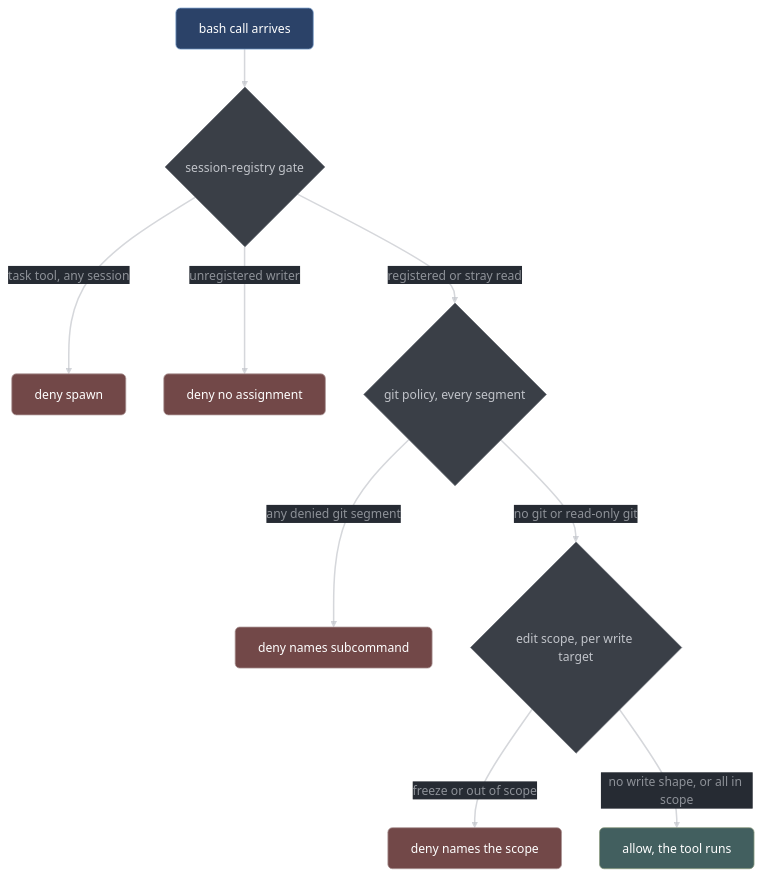
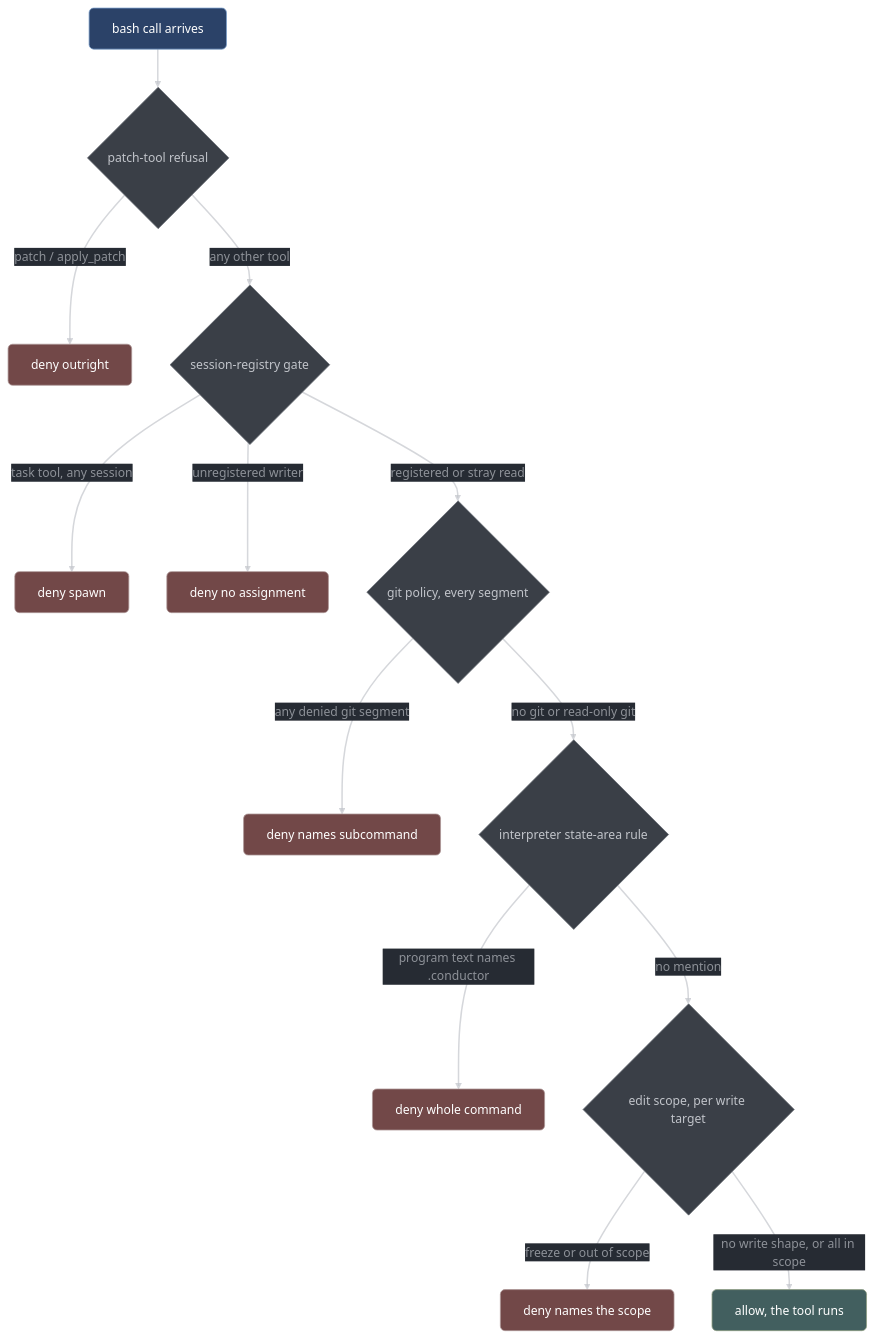
The diagram in docs/user/gates-and-hatches.md (vorlac/llama-harness), drawn with Mermaid before and after one commit. The commit also changed other lines of this file and 44 other files, not shown here.

Commit message:
global repo docs sync, corrections, added coverage/explanations, drift corrections, diagram layout improvements, etc

````diff
--- a/docs/user/gates-and-hatches.md
+++ b/docs/user/gates-and-hatches.md
@@ -36,50 +36,54 @@
 ```mermaid
 ---
 config:
     theme: 'base'
     curve: 'straight'
     themeVariables:
         darkMode: true
         clusterBkg: '#22272f62'
         clusterBorder: '#6a6f77ff'
         clusterTextColor: '#C1C4CAff'
         lineColor: '#C1C4CAAA'
         background: '#262B33'
         primaryColor: '#3a3f47ff'
         primaryTextColor: '#C1C4CAff'
         primaryBorderColor: '#6a6f77ff'
         primaryLabelBkg: '#262B33'
         secondaryColor: '#425f5fff'
         secondaryBorderColor: '#8c9c81ff'
         secondaryTextColor: '#C1C4CAff'
         tertiaryColor: '#4d4962ff'
         tertiaryBorderColor: '#8983a5ff'
         tertiaryTextColor: '#C1C4CAff'
         nodeTextColor: '#C1C4CA'
         defaultLinkColor: '#C1C4CA'
         edgeLabelBackground: '#262B33'
         labelTextColor: '#C1C4CA'
 ---
 flowchart TD
-%% Source: conductor/adapter/tools.ts:250-345
-    CALL["bash call arrives"] --> SESS{"session-registry gate"}
+%% Source: conductor/adapter/tools.ts gateBeforeToolCall
+    CALL["bash call arrives"] --> PATCH{"patch-tool refusal"}
+    PATCH -->|"patch / apply_patch"| DPATCH["deny outright"]
+    PATCH -->|"any other tool"| SESS{"session-registry gate"}
     SESS -->|"task tool, any session"| DSPAWN["deny spawn"]
     SESS -->|"unregistered writer"| DREG["deny no assignment"]
     SESS -->|"registered or stray read"| GIT{"git policy, every segment"}
     GIT -->|"any denied git segment"| DGIT["deny names subcommand"]
-    GIT -->|"no git or read-only git"| EDIT{"edit scope, per write target"}
+    GIT -->|"no git or read-only git"| STATE{"interpreter state-area rule"}
+    STATE -->|"program text names .conductor"| DSTATE["deny whole command"]
+    STATE -->|"no mention"| EDIT{"edit scope, per write target"}
     EDIT -->|"freeze or out of scope"| DEDIT["deny names the scope"]
     EDIT -->|"no write shape, or all in scope"| OK["allow, the tool runs"]
 
     linkStyle default stroke:#C1C4CAaa,stroke-width:2px,color:#C1C4CAaa
 
     classDef neutral fill:#3a3f47,stroke:#6a6f77,color:#C1C4CA,rx:6,ry:6
     classDef accent  fill:#2b4268,stroke:#779DC9,color:#ffffff,rx:6,ry:6
     classDef err     fill:#724848,stroke:#ac9696,color:#ffffff,rx:6,ry:6
     classDef ok      fill:#425f5f,stroke:#8c9c81,color:#ffffff,rx:6,ry:6
 
     class CALL accent
-    class SESS,GIT,EDIT neutral
-    class DSPAWN,DREG,DGIT,DEDIT err
+    class PATCH,SESS,GIT,STATE,EDIT neutral
+    class DPATCH,DSPAWN,DREG,DGIT,DSTATE,DEDIT err
     class OK ok
 ```
````
